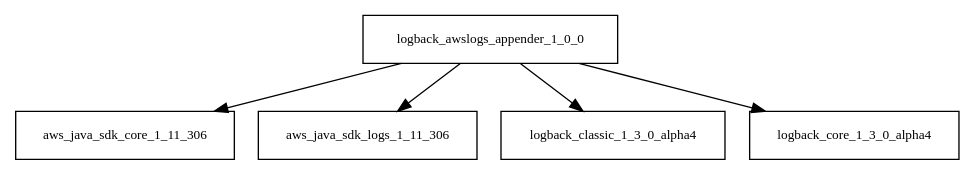
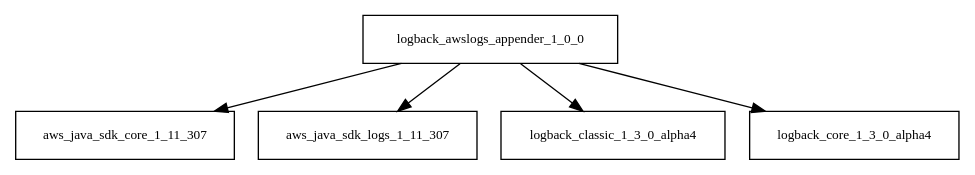
The diagram in tattleTaleReport/graphviz/logback-awslogs-appender-1.0.0.jar/logback-awslogs-appender-1.0.0.jar.dot (sjvs/cia), drawn with Graphviz before and after one commit. The commit also changed 1854 other files, not shown here.

```diff
--- a/tattleTaleReport/graphviz/logback-awslogs-appender-1.0.0.jar/logback-awslogs-appender-1.0.0.jar.dot
+++ b/tattleTaleReport/graphviz/logback-awslogs-appender-1.0.0.jar/logback-awslogs-appender-1.0.0.jar.dot
@@ -1,7 +1,7 @@
 digraph logback_awslogs_appender_1_0_0_dependencies {
   node [shape = box, fontsize=10.0];
-  logback_awslogs_appender_1_0_0 -> aws_java_sdk_core_1_11_306;
-  logback_awslogs_appender_1_0_0 -> aws_java_sdk_logs_1_11_306;
+  logback_awslogs_appender_1_0_0 -> aws_java_sdk_core_1_11_307;
+  logback_awslogs_appender_1_0_0 -> aws_java_sdk_logs_1_11_307;
   logback_awslogs_appender_1_0_0 -> logback_classic_1_3_0_alpha4;
   logback_awslogs_appender_1_0_0 -> logback_core_1_3_0_alpha4;
 }
```
